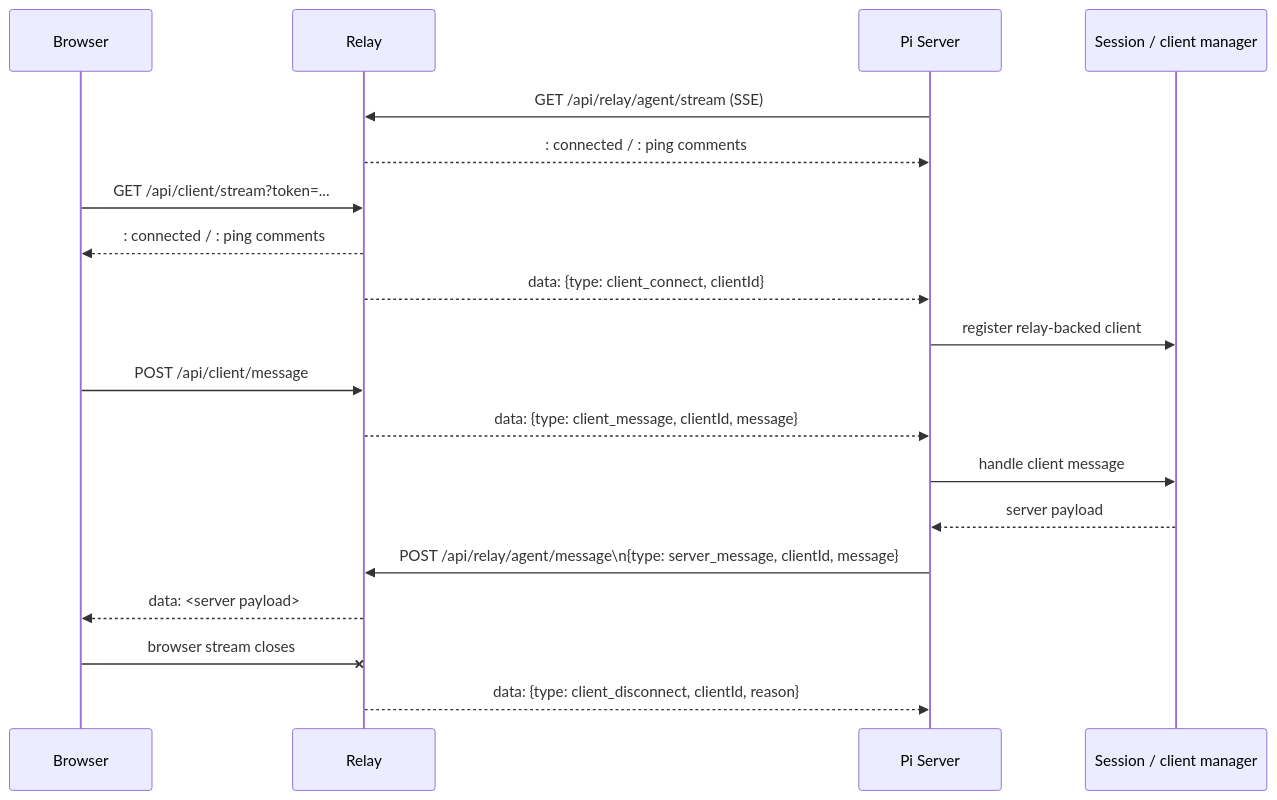
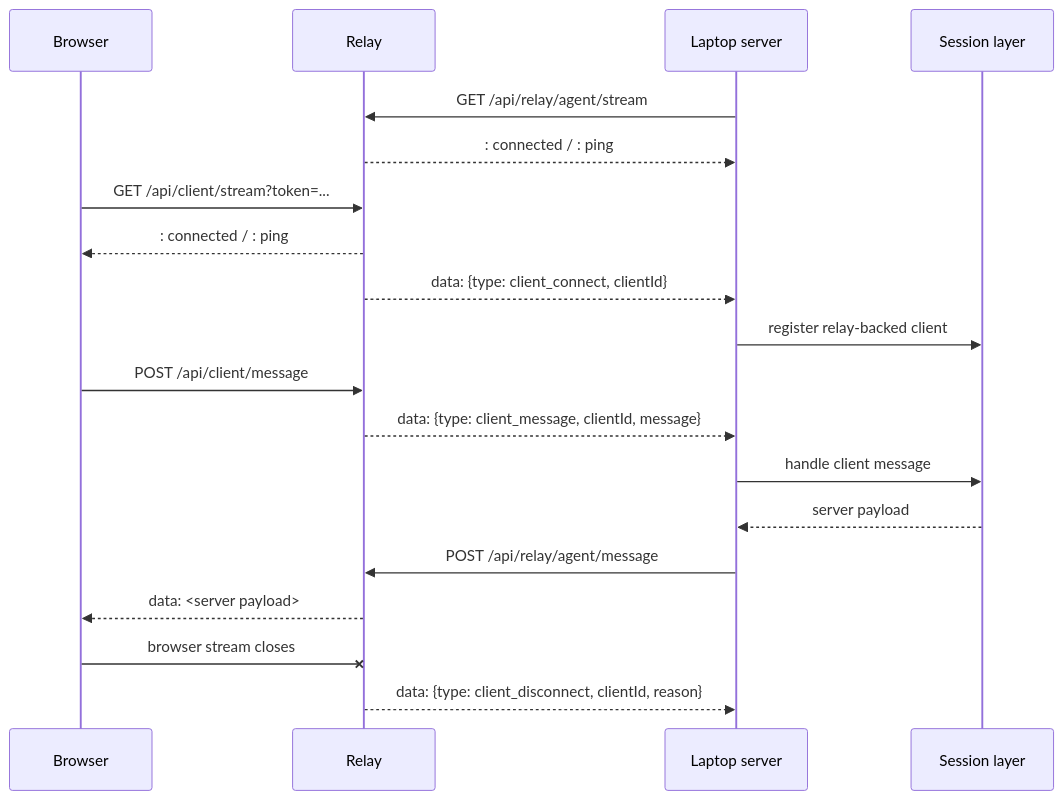
One commit to MuzzammilRafiq/apreal changed the diagram in docs/relay-server-architecture/03-http-sse-transport-and-session-handoff.md. Above: the diagram before and after it, drawn with Mermaid. The commit also changed other lines of this file and 11 other files, not shown here.

````diff
--- a/docs/relay-server-architecture/03-http-sse-transport-and-session-handoff.md
+++ b/docs/relay-server-architecture/03-http-sse-transport-and-session-handoff.md
@@ -108,24 +106,25 @@
 ```mermaid
 sequenceDiagram
-    participant B as Browser
-    participant R as Relay
-    participant P as Pi Server
-    participant Sess as Session / client manager
+    participant Browser as Browser
+    participant Relay as Relay
+    participant Server as Laptop server
+    participant Session as Session layer
 
-    P->>R: GET /api/relay/agent/stream (SSE)
-    R-->>P: : connected / : ping comments
-    B->>R: GET /api/client/stream?token=...
-    R-->>B: : connected / : ping comments
-    R-->>P: data: {type: client_connect, clientId}
-    P->>Sess: register relay-backed client
+    Server->>Relay: GET /api/relay/agent/stream
+    Relay-->>Server: : connected / : ping
 
-    B->>R: POST /api/client/message
-    R-->>P: data: {type: client_message, clientId, message}
-    P->>Sess: handle client message
-    Sess-->>P: server payload
-    P->>R: POST /api/relay/agent/message\n{type: server_message, clientId, message}
-    R-->>B: data: <server payload>
+    Browser->>Relay: GET /api/client/stream?token=...
+    Relay-->>Browser: : connected / : ping
+    Relay-->>Server: data: {type: client_connect, clientId}
+    Server->>Session: register relay-backed client
 
-    B-xR: browser stream closes
-    R-->>P: data: {type: client_disconnect, clientId, reason}
+    Browser->>Relay: POST /api/client/message
+    Relay-->>Server: data: {type: client_message, clientId, message}
+    Server->>Session: handle client message
+    Session-->>Server: server payload
+    Server->>Relay: POST /api/relay/agent/message
+    Relay-->>Browser: data: <server payload>
+
+    Browser-xRelay: browser stream closes
+    Relay-->>Server: data: {type: client_disconnect, clientId, reason}
 ```
````
